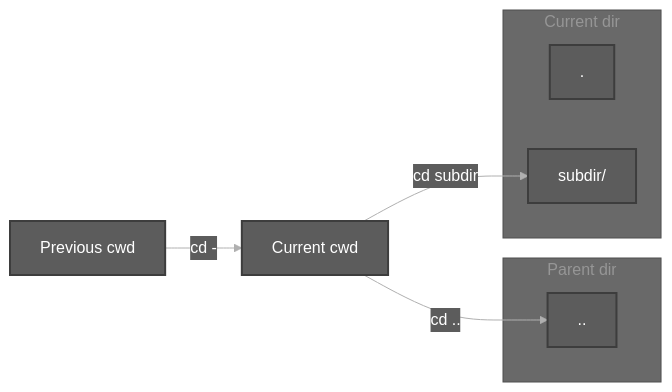
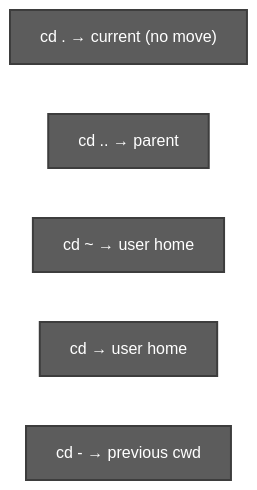
The second of 3 diagrams in docs/topics/File System Navigation Commands And Hierarchy.md (chaitussm/Linux-Basics), drawn with Mermaid before and after one commit. The commit also changed other lines of this file and 6 other files, not shown here.

````diff
--- a/docs/topics/File System Navigation Commands And Hierarchy.md
+++ b/docs/topics/File System Navigation Commands And Hierarchy.md
@@ -105,17 +207,12 @@
 ```mermaid
 %%{init: {'theme': 'base', 'themeVariables': {'primaryColor': '#5c5c5c', 'primaryTextColor': '#ffffff', 'primaryBorderColor': '#3d3d3d', 'lineColor': '#b0b0b0'}}}%%
 flowchart LR
-    subgraph parent["Parent dir"]
-        P[".."]
-    end
-    subgraph here["Current dir"]
-        DOT["."]
-        CHILD["subdir/"]
-    end
-    OLD["Previous cwd"] -->|"cd -"| HERE["Current cwd"]
-    HERE -->|"cd .."| P
-    HERE -->|"cd subdir"| CHILD
+    DOT["cd . → current (no move)"]
+    DD["cd .. → parent"]
+    TIL["cd ~ → user home"]
+    BARE["cd → user home"]
+    HYPH["cd - → previous cwd"]
 
     classDef darkGrey fill:#5c5c5c,stroke:#3d3d3d,color:#ffffff,stroke-width:2px
-    class P,DOT,CHILD,OLD,HERE darkGrey
+    class DOT,DD,TIL,BARE,HYPH darkGrey
 ```
````
